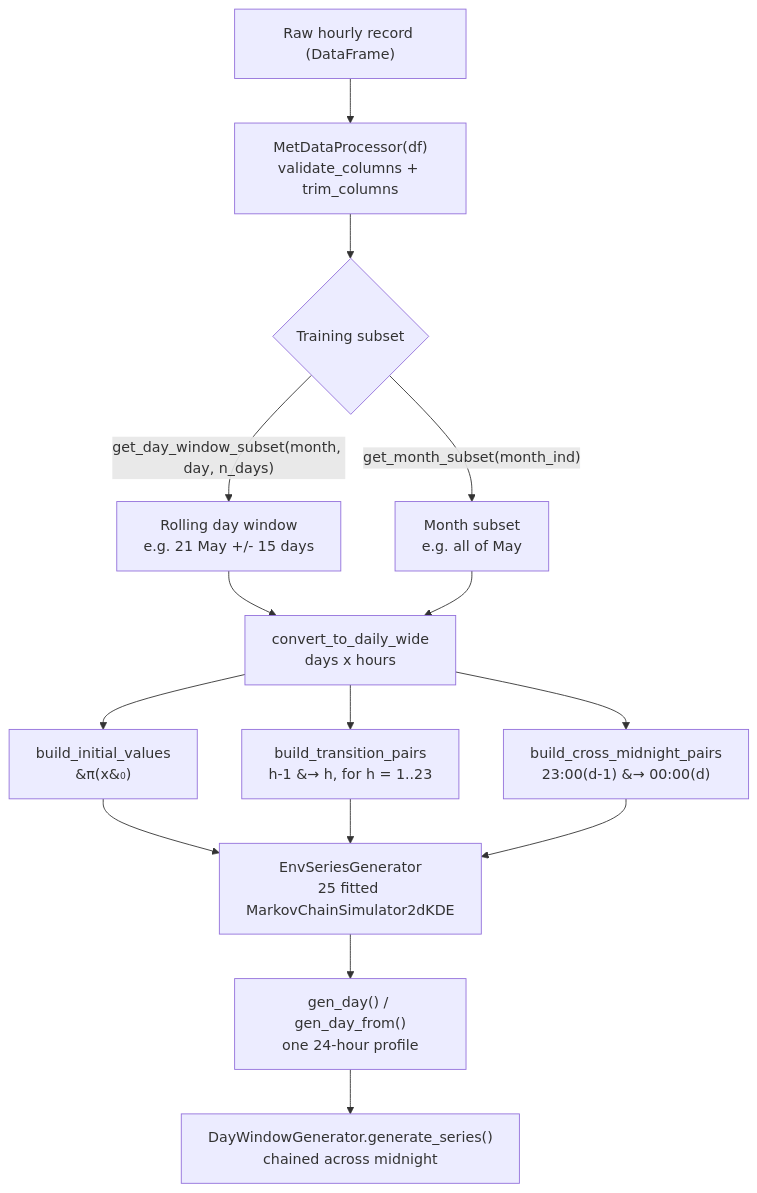
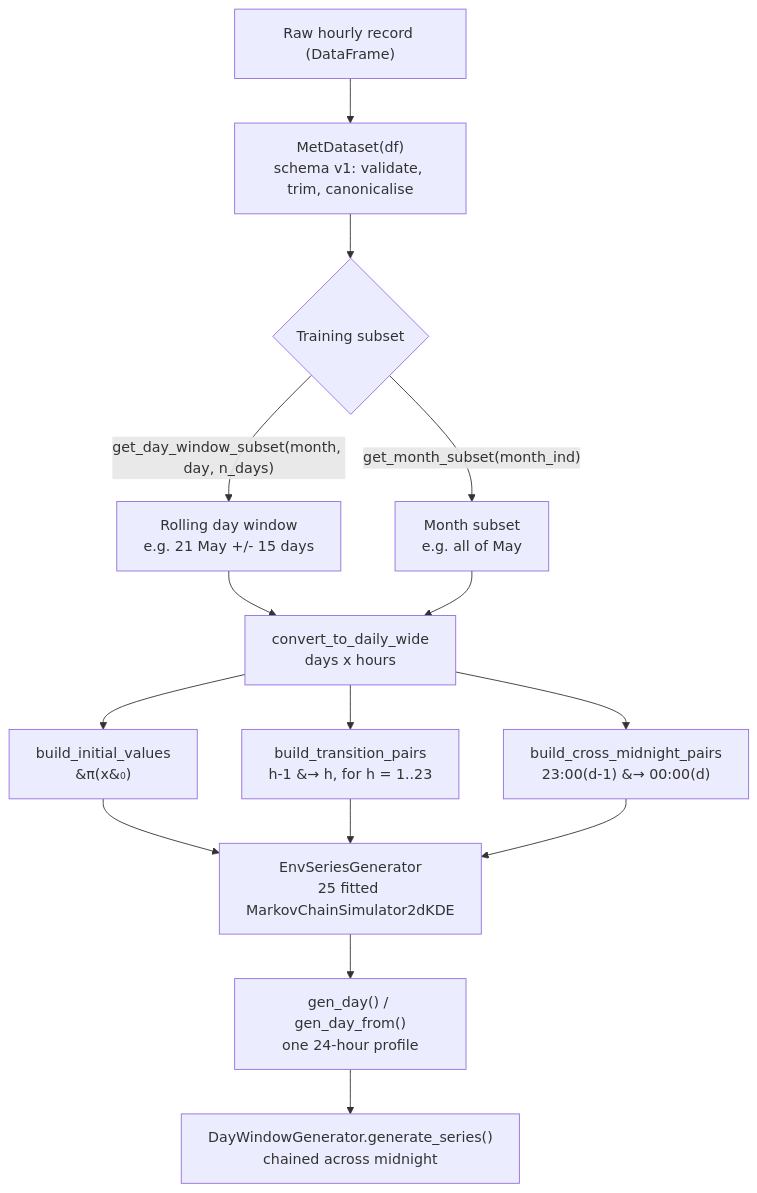
Before and after one commit to npapnet/meteosynth: the diagram in docs/source/workflow.md, drawn with Mermaid. The commit also changed other lines of this file and 47 other files, not shown here.

````diff
--- a/docs/source/workflow.md
+++ b/docs/source/workflow.md
@@ -12,23 +12,23 @@
 ```{mermaid}
 flowchart TD
     RawData["Raw hourly record (DataFrame)"]
-    RawData --> Ingest["MetDataProcessor(df)<br/>validate_columns + trim_columns"]
+    RawData --> Ingest["MetDataset(df)<br/>schema v1: validate, trim, canonicalise"]
 
     Ingest --> SliceChoice{"Training subset"}
     SliceChoice -->|"get_day_window_subset(month, day, n_days)"| WindowRoute["Rolling day window<br/>e.g. 21 May +/- 15 days"]
     SliceChoice -->|"get_month_subset(month_ind)"| MonthRoute["Month subset<br/>e.g. all of May"]
 
     WindowRoute --> Pivot["convert_to_daily_wide<br/>days x hours"]
     MonthRoute --> Pivot
 
     Pivot --> Init["build_initial_values<br/>&#960;(x&#8320;)"]
     Pivot --> Pairs["build_transition_pairs<br/>h-1 &#8594; h, for h = 1..23"]
     Pivot --> Cross["build_cross_midnight_pairs<br/>23:00(d-1) &#8594; 00:00(d)"]
 
     Init --> Fit["EnvSeriesGenerator<br/>25 fitted MarkovChainSimulator2dKDE"]
     Pairs --> Fit
     Cross --> Fit
 
     Fit --> GenDay["gen_day() / gen_day_from()<br/>one 24-hour profile"]
     GenDay --> Series["DayWindowGenerator.generate_series()<br/>chained across midnight"]
 ```
````
